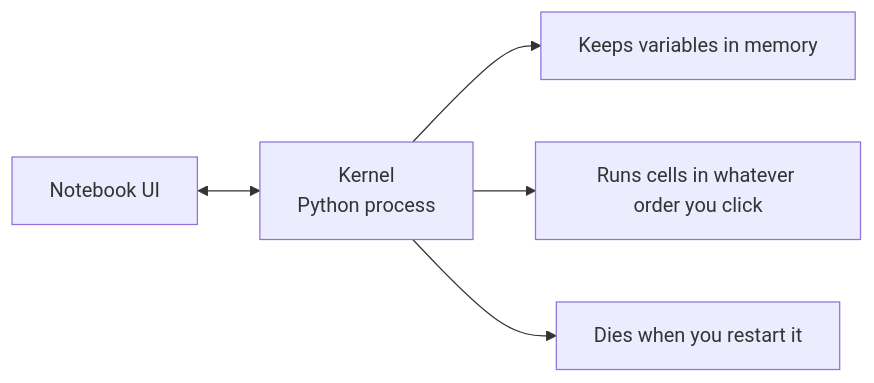
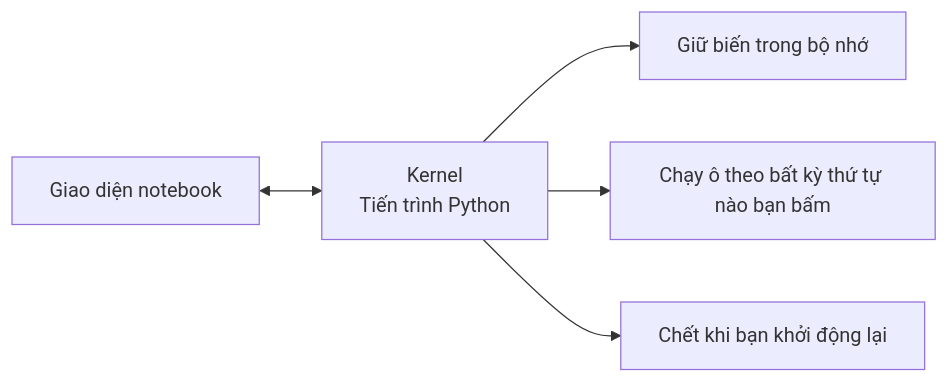
Before and after one commit to Huong002/ai-engineering-from-scratch: the second of 2 diagrams in phases/00-setup-and-tooling/05-jupyter-notebooks/docs/vi.md, drawn with Mermaid. The commit also changed other lines of this file and 6 other files, not shown here.

First line of the commit message:
docs(vi): translate the remaining English labels in mermaid diagrams

````diff
--- a/phases/00-setup-and-tooling/05-jupyter-notebooks/docs/vi.md
+++ b/phases/00-setup-and-tooling/05-jupyter-notebooks/docs/vi.md
@@ -35,7 +35,7 @@
 ```mermaid
 graph LR
-    A[Notebook UI] <--> B[Kernel\nPython process]
-    B --> C[Keeps variables in memory]
-    B --> D[Runs cells in whatever order you click]
-    B --> E[Dies when you restart it]
+    A[Giao diện notebook] <--> B[Kernel\nTiến trình Python]
+    B --> C[Giữ biến trong bộ nhớ]
+    B --> D[Chạy ô theo bất kỳ thứ tự nào bạn bấm]
+    B --> E[Chết khi bạn khởi động lại]
 ```
````
